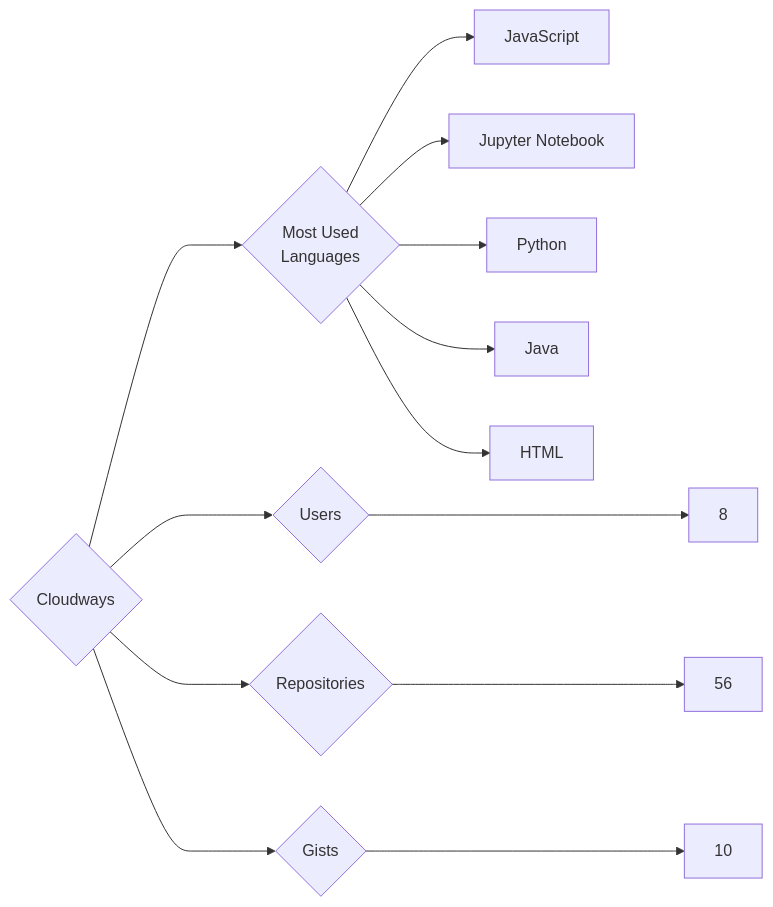
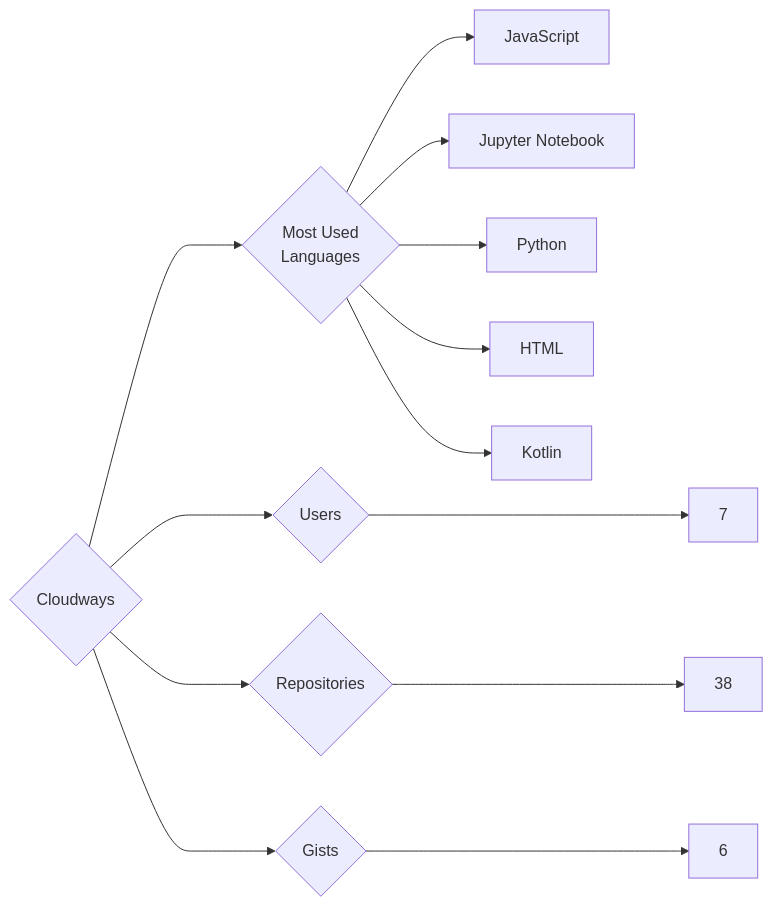
Before and after one commit to trickest/insiders: the diagram in targets/Cloudways/README.md, drawn with Mermaid. The commit also changed 1007 other files, not shown here.

````diff
--- a/targets/Cloudways/README.md
+++ b/targets/Cloudways/README.md
@@ -3,13 +3,13 @@
 ```mermaid
 graph LR
 COMPANY_NAME{Cloudways}
-COMPANY_NAME ---> U{Users} ---> UN[8]
-COMPANY_NAME ---> R{Repositories} ---> RN[56]
-COMPANY_NAME ---> G{Gists} ---> GN[10]
+COMPANY_NAME ---> U{Users} ---> UN[7]
+COMPANY_NAME ---> R{Repositories} ---> RN[38]
+COMPANY_NAME ---> G{Gists} ---> GN[6]
 COMPANY_NAME ---> ML{Most Used<br>Languages}
 ML --> JavaScript[JavaScript]
 ML --> Jupyter_Notebook[Jupyter Notebook]
 ML --> Python[Python]
-ML --> Java[Java]
 ML --> HTML[HTML]
+ML --> Kotlin[Kotlin]
 ```
````
